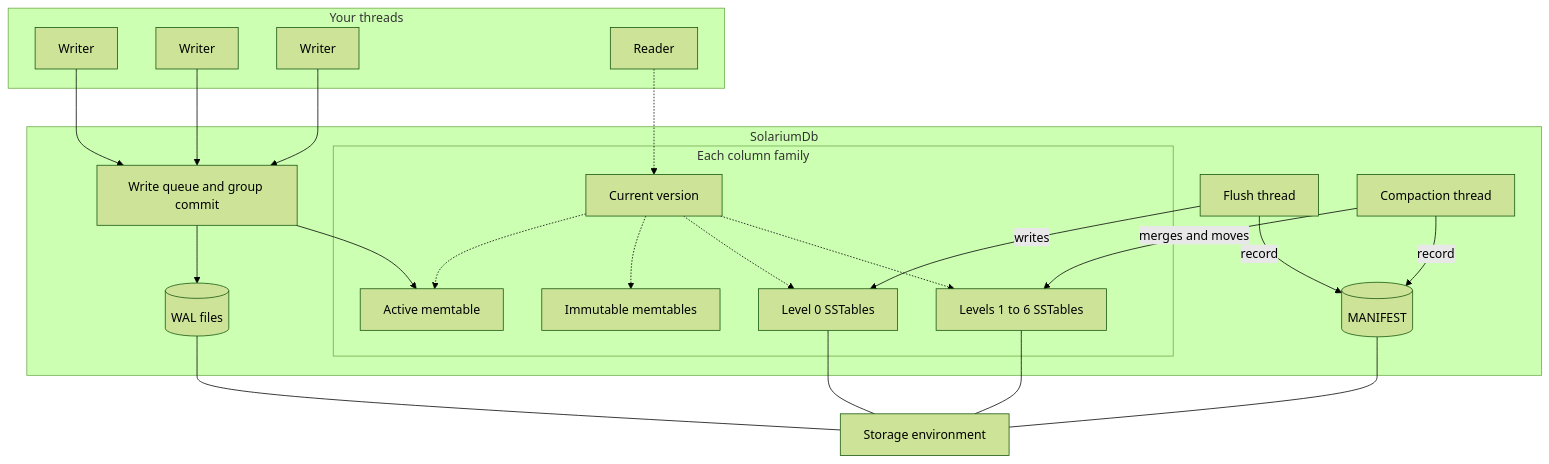
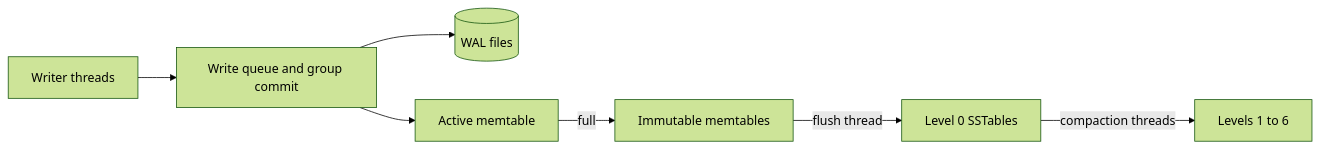
One commit to solariumdb/solariumdb.github.io changed the first of 2 diagrams in docs/architecture/overview.md. Above: the diagram before and after it, drawn with Mermaid (forest theme). The commit also changed other lines of this file and 27 other files, not shown here.

````diff
--- a/docs/architecture/overview.md
+++ b/docs/architecture/overview.md
@@ -11,31 +13,9 @@
 ```mermaid
-flowchart TB
-    subgraph Callers[Your threads]
-        W1[Writer] & W2[Writer] & W3[Writer]
-        R1[Reader]
-    end
-    subgraph Engine[SolariumDb]
-        Q[Write queue and group commit]
-        WAL[(WAL files)]
-        subgraph CF[Each column family]
-            V[Current version]
-            AM[Active memtable]
-            IM[Immutable memtables]
-            L0[Level 0 SSTables]
-            LS[Levels 1 to 6 SSTables]
-        end
-        FT[Flush thread]
-        CT[Compaction thread]
-        MF[(MANIFEST)]
-    end
-    ENV[Storage environment]
-    W1 & W2 & W3 --> Q
-    Q --> WAL
-    Q --> AM
-    R1 -.-> V
-    V -.-> AM & IM & L0 & LS
-    FT -- writes --> L0
-    CT -- merges and moves --> LS
-    FT & CT -- record --> MF
-    WAL & MF & L0 & LS --- ENV
+flowchart LR
+    W[Writer threads] --> Q[Write queue and group commit]
+    Q --> WAL[(WAL files)]
+    Q --> AM[Active memtable]
+    AM -- full --> IM[Immutable memtables]
+    IM -- flush thread --> L0[Level 0 SSTables]
+    L0 -- compaction threads --> LS[Levels 1 to 6]
 ```
````
